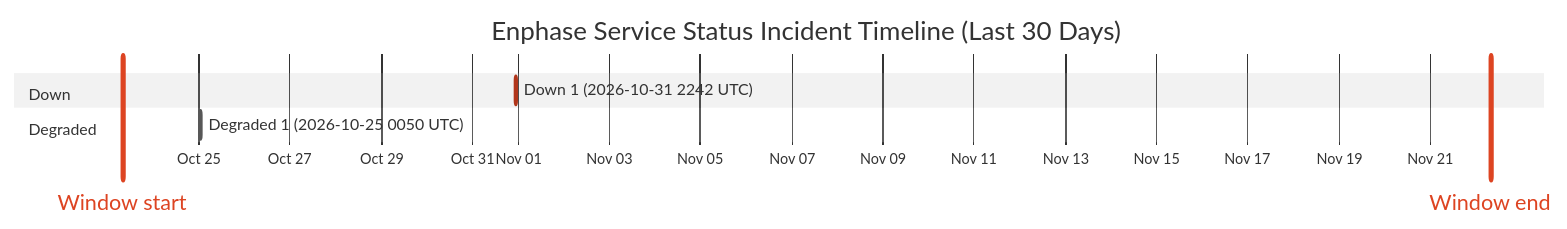
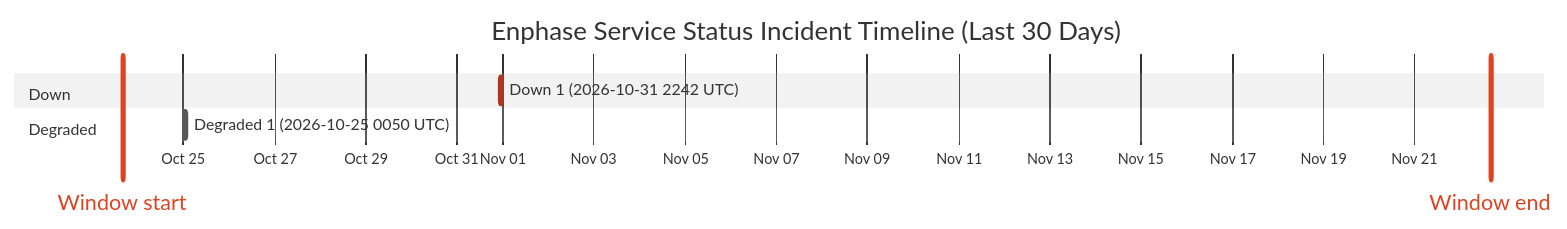
The diagram in wiki/Service-Status-History.md (barneyonline/ha-enphase-energy), drawn with Mermaid (neutral theme) before and after one commit. The commit also changed other lines of this file and 3 other files, not shown here.

````diff
--- a/wiki/Service-Status-History.md
+++ b/wiki/Service-Status-History.md
@@ -14,12 +14,12 @@
 ```mermaid
 gantt
     title Enphase Service Status Incident Timeline (Last 30 Days)
     dateFormat  YYYY-MM-DDTHH:mm:ss
     axisFormat  %b %d
-    Window start :vert, window-start, 2026-10-23T07:52:26, 0ms
-    Window end :vert, window-end, 2026-11-22T07:52:26, 0ms
+    Window start :vert, window-start, 2026-10-23T15:55:36, 0ms
+    Window end :vert, window-end, 2026-11-22T15:55:36, 0ms
     section Down
     Down 1 (2026-10-31 2242 UTC) :crit, down-1, 2026-10-31T22:42:18, 60m
     section Degraded
     Degraded 1 (2026-10-25 0050 UTC) :active, degraded-1, 2026-10-25T00:50:01, 60m
 ```
````
